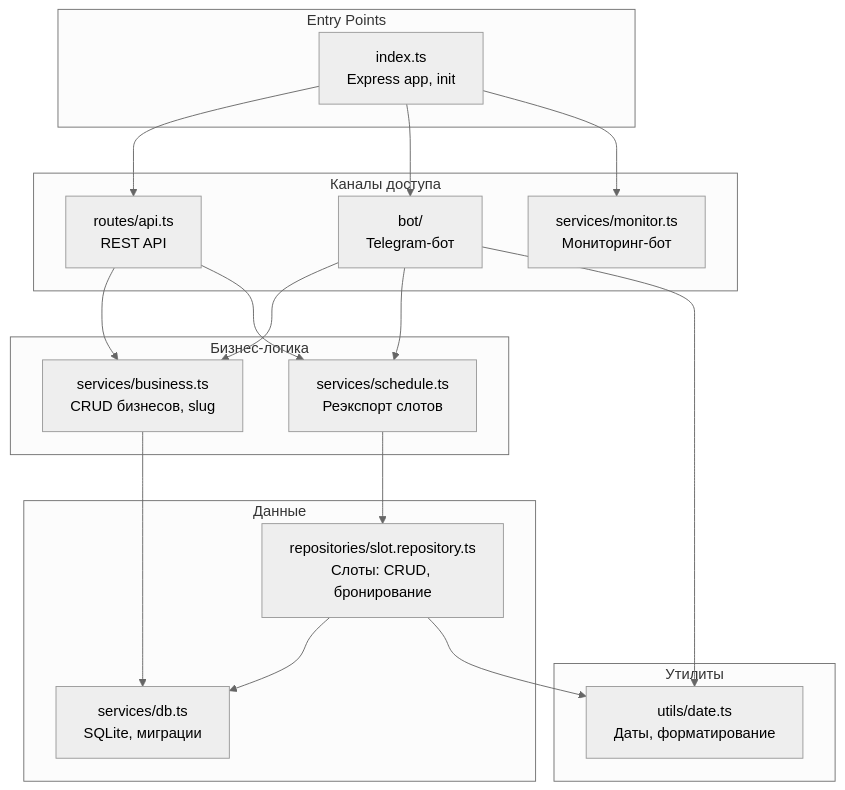
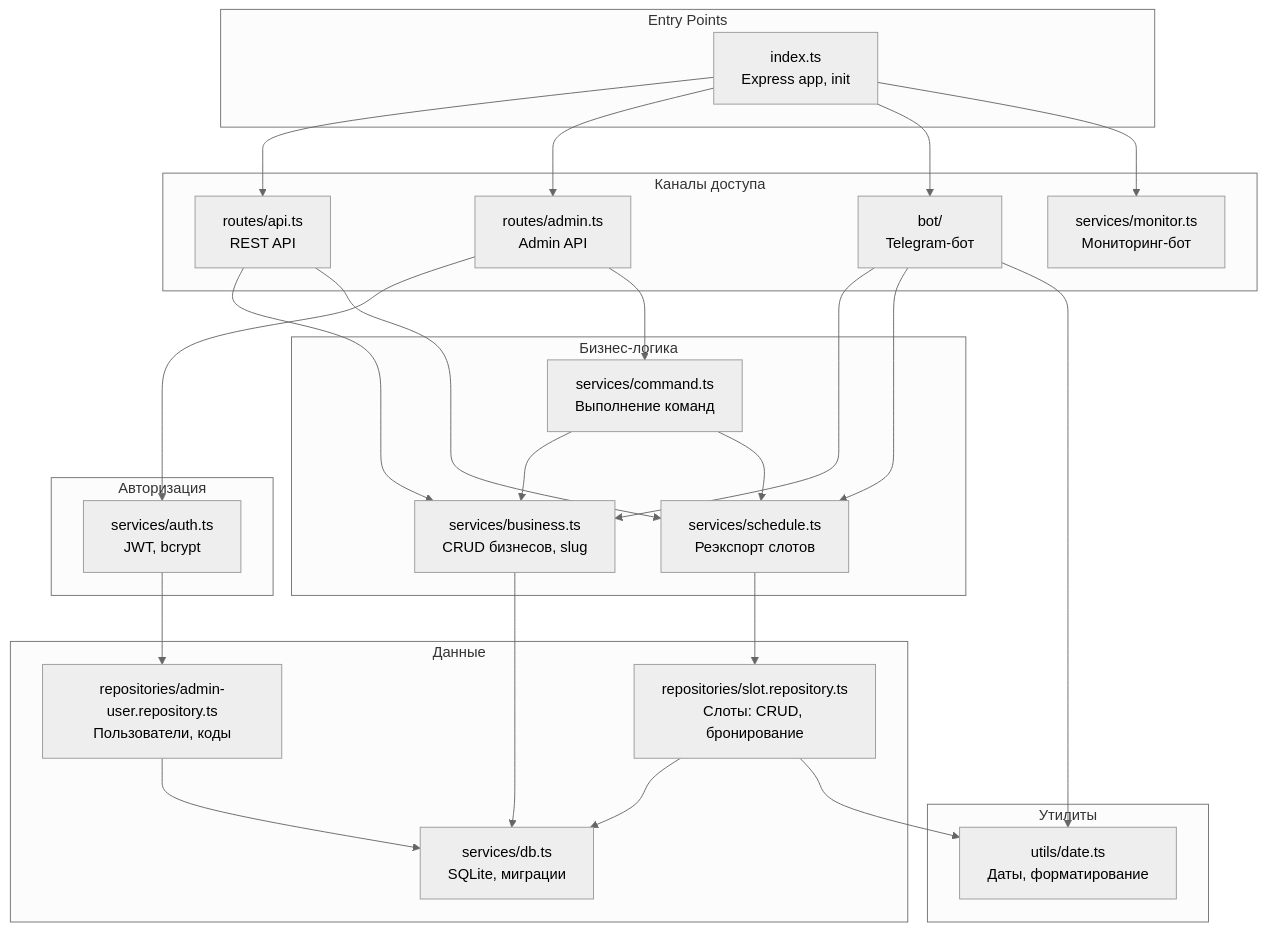
Before and after one commit to Atlantis3221/reservation-service: the first of 3 diagrams in backend/README.md, drawn with Mermaid (neutral theme). The commit also changed other lines of this file and 38 other files, not shown here.

````diff
--- a/backend/README.md
+++ b/backend/README.md
@@ -9,40 +9,54 @@
 ```mermaid
 graph TB
     subgraph "Entry Points"
         EP[index.ts<br/>Express app, init]
     end
 
     subgraph "Каналы доступа"
         API[routes/api.ts<br/>REST API]
+        ADMIN[routes/admin.ts<br/>Admin API]
         BOT[bot/<br/>Telegram-бот]
         MON[services/monitor.ts<br/>Мониторинг-бот]
     end
 
+    subgraph "Авторизация"
+        AUTH[services/auth.ts<br/>JWT, bcrypt]
+    end
+
     subgraph "Бизнес-логика"
+        CMD[services/command.ts<br/>Выполнение команд]
         BIZ[services/business.ts<br/>CRUD бизнесов, slug]
         SCH[services/schedule.ts<br/>Реэкспорт слотов]
     end
 
     subgraph "Данные"
         REPO[repositories/slot.repository.ts<br/>Слоты: CRUD, бронирование]
+        ADMIN_REPO[repositories/admin-user.repository.ts<br/>Пользователи, коды]
         DB[services/db.ts<br/>SQLite, миграции]
     end
 
     subgraph "Утилиты"
         UTIL[utils/date.ts<br/>Даты, форматирование]
     end
 
     EP --> API
+    EP --> ADMIN
     EP --> BOT
     EP --> MON
 
+    ADMIN --> AUTH
+    ADMIN --> CMD
+    AUTH --> ADMIN_REPO
+    CMD --> BIZ
+    CMD --> SCH
     API --> BIZ
     API --> SCH
     BOT --> BIZ
     BOT --> SCH
     SCH --> REPO
     REPO --> DB
     BIZ --> DB
+    ADMIN_REPO --> DB
     BOT --> UTIL
     REPO --> UTIL
 ```
````
